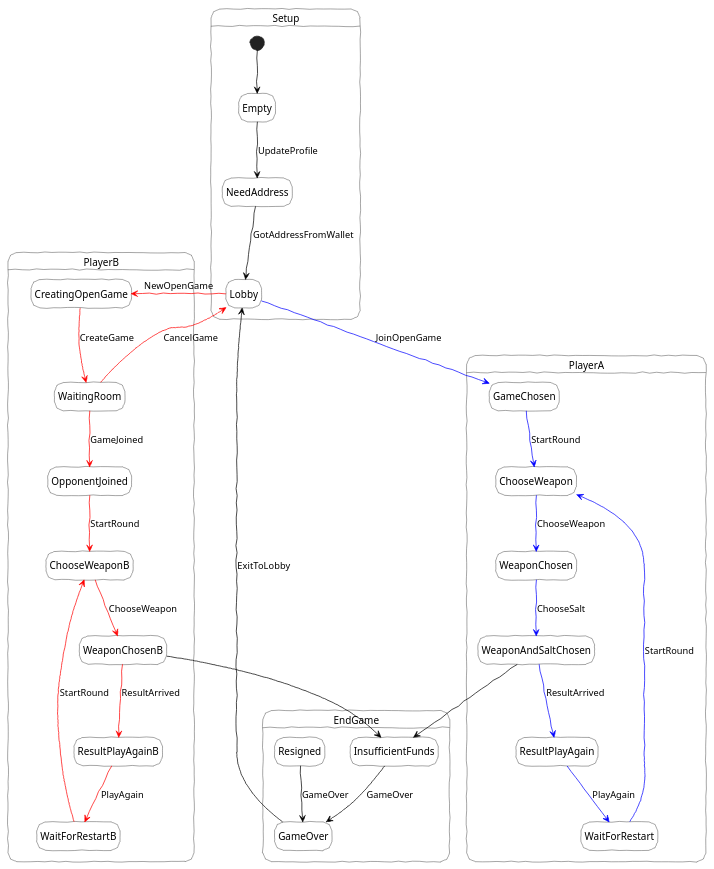
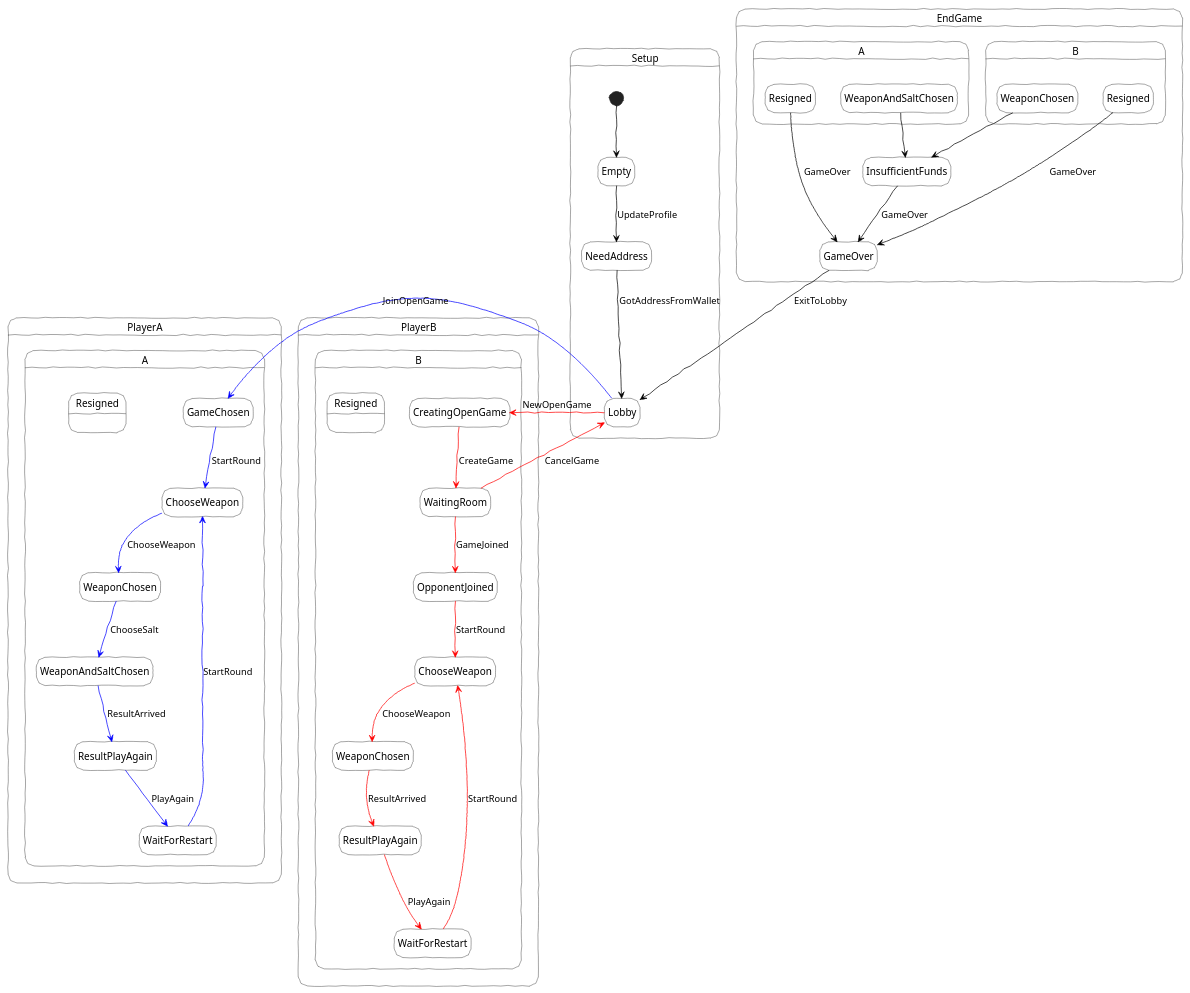
The diagram in packages/rps/notes/rps-plantuml.md (statechannels/statechannels), drawn with PlantUML before and after one commit. The commit also changed 14 other files, not shown here.

````diff
--- a/packages/rps/notes/rps-plantuml.md
+++ b/packages/rps/notes/rps-plantuml.md
@@ -1,64 +1,67 @@
 ```plantuml
 @startuml
 skinparam state{
   BackgroundColor White
   BackgroundColor<<Warning>> Olive
   BorderColor Black
   FontName Helvetica
 }
 skinparam handwritten true
 hide empty description
 ' Startgame
 state Setup{
     [*] -[#black]-> Empty
     Empty -[#black]-> NeedAddress : UpdateProfile
     NeedAddress -[#black]-> Lobby : GotAddressFromWallet
 }
 
 ' Player A
     state PlayerA {
-    Lobby -[#blue]-> GameChosen : JoinOpenGame
-    GameChosen -[#blue]-> ChooseWeapon : StartRound
-    ChooseWeapon -[#blue]-> WeaponChosen : ChooseWeapon
-    WeaponChosen -[#blue]-> WeaponAndSaltChosen : ChooseSalt
-    WeaponAndSaltChosen -[#blue]-> ResultPlayAgain : ResultArrived
-    ResultPlayAgain -[#blue]-> WaitForRestart : PlayAgain
-    WaitForRestart -[#blue]-> ChooseWeapon : StartRound
+    Lobby -[#blue]left-> A.GameChosen : JoinOpenGame
+    A.GameChosen -[#blue]-> A.ChooseWeapon : StartRound
+    A.ChooseWeapon -[#blue]-> A.WeaponChosen : ChooseWeapon
+    A.WeaponChosen -[#blue]-> A.WeaponAndSaltChosen : ChooseSalt
+    A.WeaponAndSaltChosen -[#blue]-> A.ResultPlayAgain : ResultArrived
+    A.ResultPlayAgain -[#blue]-> A.WaitForRestart : PlayAgain
+    A.WaitForRestart -[#blue]-> A.ChooseWeapon : StartRound
+    A.Resigned :
     }
 
 ' Player B
 ' NOTE: ChooseWeaponB is actually just ChooseWeapon. Could refactor code to make it clearer though
     state PlayerB {
-    Lobby -[#red]-> CreatingOpenGame : NewOpenGame
-    CreatingOpenGame -[#red]-> WaitingRoom : CreateGame
-    WaitingRoom -[#red]-> Lobby: CancelGame
-    WaitingRoom -[#red]-> OpponentJoined : GameJoined
-    OpponentJoined -[#red]->ChooseWeaponB : StartRound
-    ChooseWeaponB -[#red]-> WeaponChosenB : ChooseWeapon
-    WeaponChosenB -[#red]-> ResultPlayAgainB : ResultArrived
-    ResultPlayAgainB -[#red]-> WaitForRestartB: PlayAgain
-    WaitForRestartB -[#red]-> ChooseWeaponB : StartRound
+    Lobby -[#red]right-> B.CreatingOpenGame : NewOpenGame
+    B.CreatingOpenGame -[#red]-> B.WaitingRoom : CreateGame
+    B.WaitingRoom -[#red]-> Lobby: CancelGame
+    B.WaitingRoom -[#red]-> B.OpponentJoined : GameJoined
+    B.OpponentJoined -[#red]->B.ChooseWeapon : StartRound
+    B.ChooseWeapon -[#red]-> B.WeaponChosen : ChooseWeapon
+    B.WeaponChosen -[#red]-> B.ResultPlayAgain : ResultArrived
+    B.ResultPlayAgain -[#red]-> B.WaitForRestart: PlayAgain
+    B.WaitForRestart -[#red]-> B.ChooseWeapon : StartRound
+    B.Resigned :
     }
 
 ' Endgame
 state EndGame {
-    WeaponChosenB -[#black]-> InsufficientFunds
-    WeaponAndSaltChosen -[#black]-> InsufficientFunds
+    B.WeaponChosen -[#black]-> InsufficientFunds
+    A.WeaponAndSaltChosen -[#black]-> InsufficientFunds
     InsufficientFunds -[#black]-> GameOver : GameOver
     GameOver -[#black]-> Lobby : ExitToLobby
-    Resigned -[#black]-> GameOver : GameOver
+    A.Resigned -[#black]-> GameOver : GameOver
+    B.Resigned -[#black]-> GameOver : GameOver
 }
 
 ' Map States to Views
 '    Empty: <Profile />
 '    NeedAddress: <Lobby />
 '    Lobby: <Lobby />
 '    CreatingOpenGame: <Lobby />
 '    WaitingRoom: <WaitingRoom />
 '    GameChosen: <ProposeGame />
 '    OpponentJoined: <OpponentJoined />
 '    ChooseWeapon: <ChooseWeapon />
 
 ' style arrows to differentiate UI action from sage-put action ?
 @enduml
 ```
````
